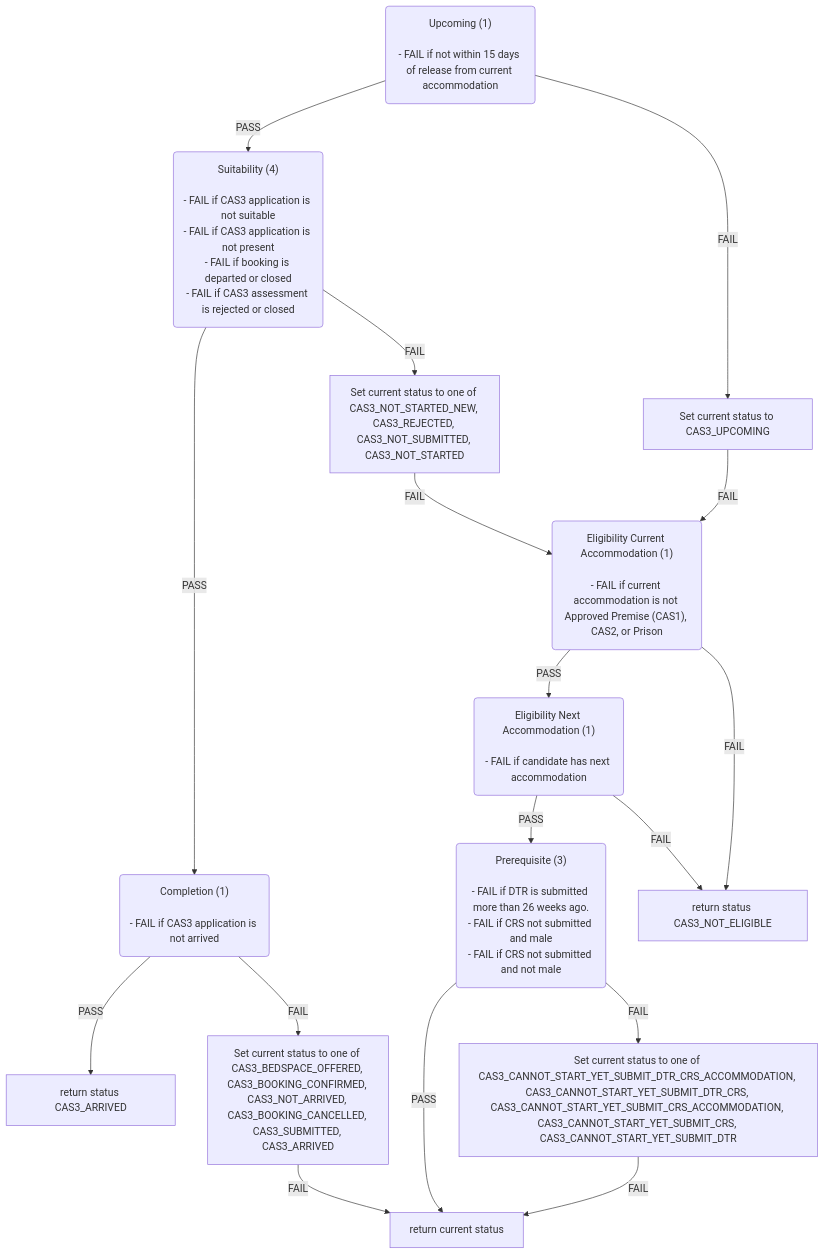
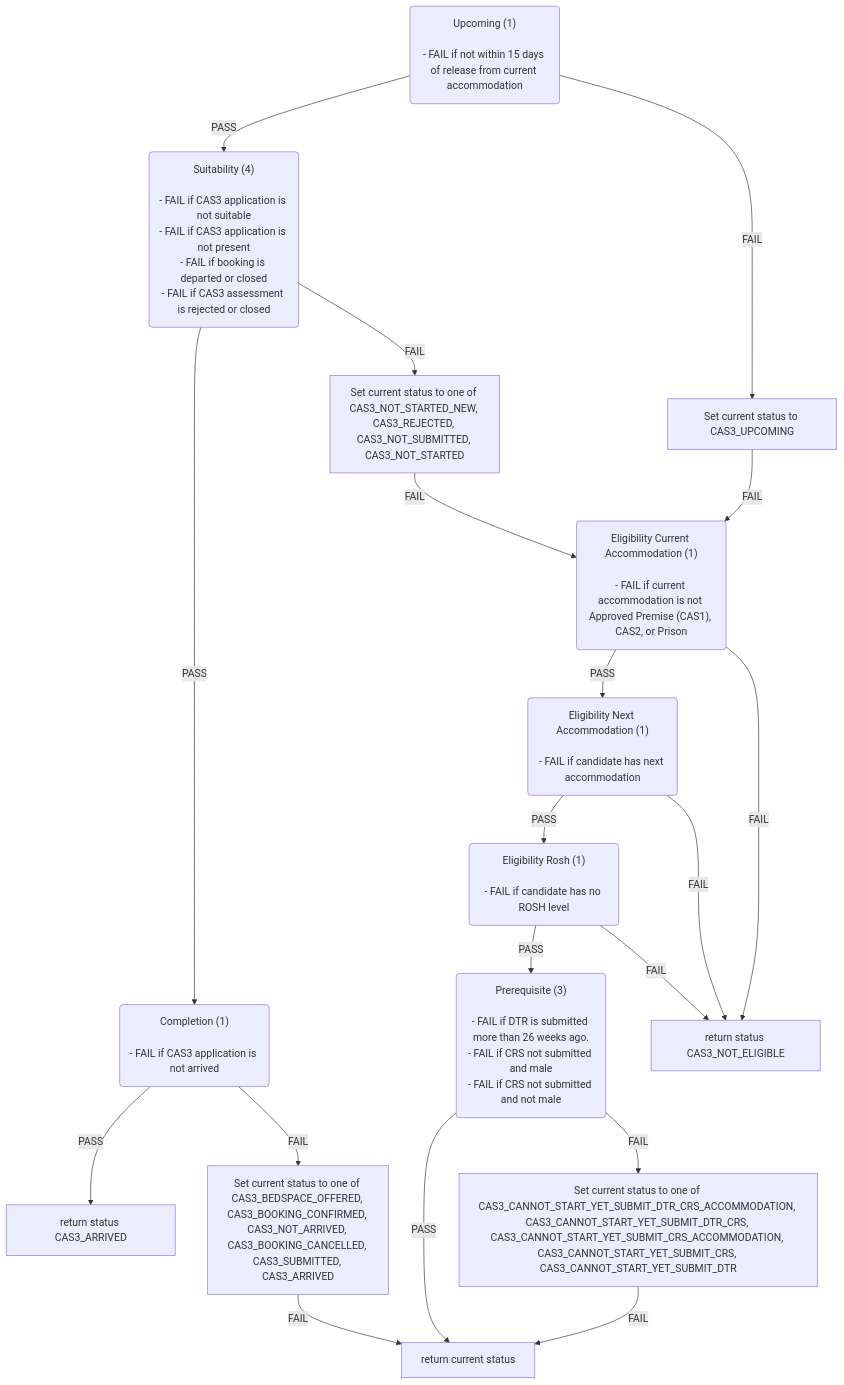
One commit to ministryofjustice/hmpps-single-accommodation-service-api changed the third of 6 diagrams in docs/eligibility-rules-graph.md. Above: the diagram before and after it, drawn with Mermaid. The commit also changed other lines of this file and 21 other files, not shown here.

Commit message:
feature/SAS-1485-Add-ROSH-rule-placeholder-to-CAS-services

````diff
--- a/docs/eligibility-rules-graph.md
+++ b/docs/eligibility-rules-graph.md
@@ -235,49 +253,54 @@
 ```mermaid
 flowchart TD
   Upcoming("Upcoming (1)
 
 - FAIL if not within 15 days of release from current accommodation")
   Suitability("Suitability (4)
 
 - FAIL if CAS3 application is not suitable
 - FAIL if CAS3 application is not present
 - FAIL if booking is departed or closed
 - FAIL if CAS3 assessment is rejected or closed")
   Completion("Completion (1)
 
 - FAIL if CAS3 application is not arrived")
   return_status_CAS3_ARRIVED["return status CAS3_ARRIVED"]
   Set_current_status_to_one_of_CAS3_BEDSPACE_OFFERED__CAS3_BOOKING_CONFIRMED__CAS3_NOT_ARRIVED__CAS3_BOOKING_CANCELLED__CAS3_SUBMITTED__CAS3_ARRIVED["Set current status to one of CAS3_BEDSPACE_OFFERED, CAS3_BOOKING_CONFIRMED, CAS3_NOT_ARRIVED, CAS3_BOOKING_CANCELLED, CAS3_SUBMITTED, CAS3_ARRIVED"]
   return_current_status["return current status"]
   Set_current_status_to_one_of_CAS3_NOT_STARTED_NEW__CAS3_REJECTED__CAS3_NOT_SUBMITTED__CAS3_NOT_STARTED["Set current status to one of CAS3_NOT_STARTED_NEW, CAS3_REJECTED, CAS3_NOT_SUBMITTED, CAS3_NOT_STARTED"]
   Eligibility_Current_Accommodation("Eligibility Current Accommodation (1)
 
 - FAIL if current accommodation is not Approved Premise (CAS1), CAS2, or Prison")
   Eligibility_Next_Accommodation("Eligibility Next Accommodation (1)
 
 - FAIL if candidate has next accommodation")
+  Eligibility_Rosh("Eligibility Rosh (1)
+
+- FAIL if candidate has no ROSH level")
   Prerequisite("Prerequisite (3)
 
 - FAIL if DTR is submitted more than 26 weeks ago.
 - FAIL if CRS not submitted and male
 - FAIL if CRS not submitted and not male")
   Set_current_status_to_one_of_CAS3_CANNOT_START_YET_SUBMIT_DTR_CRS_ACCOMMODATION__CAS3_CANNOT_START_YET_SUBMIT_DTR_CRS__CAS3_CANNOT_START_YET_SUBMIT_CRS_ACCOMMODATION__CAS3_CANNOT_START_YET_SUBMIT_CRS__CAS3_CANNOT_START_YET_SUBMIT_DTR["Set current status to one of CAS3_CANNOT_START_YET_SUBMIT_DTR_CRS_ACCOMMODATION, CAS3_CANNOT_START_YET_SUBMIT_DTR_CRS, CAS3_CANNOT_START_YET_SUBMIT_CRS_ACCOMMODATION, CAS3_CANNOT_START_YET_SUBMIT_CRS, CAS3_CANNOT_START_YET_SUBMIT_DTR"]
   return_status_CAS3_NOT_ELIGIBLE["return status CAS3_NOT_ELIGIBLE"]
   Set_current_status_to_CAS3_UPCOMING["Set current status to CAS3_UPCOMING"]
   Completion -->|PASS| return_status_CAS3_ARRIVED
   Completion -->|FAIL| Set_current_status_to_one_of_CAS3_BEDSPACE_OFFERED__CAS3_BOOKING_CONFIRMED__CAS3_NOT_ARRIVED__CAS3_BOOKING_CANCELLED__CAS3_SUBMITTED__CAS3_ARRIVED
   Set_current_status_to_one_of_CAS3_BEDSPACE_OFFERED__CAS3_BOOKING_CONFIRMED__CAS3_NOT_ARRIVED__CAS3_BOOKING_CANCELLED__CAS3_SUBMITTED__CAS3_ARRIVED -->|FAIL| return_current_status
   Suitability -->|PASS| Completion
   Suitability -->|FAIL| Set_current_status_to_one_of_CAS3_NOT_STARTED_NEW__CAS3_REJECTED__CAS3_NOT_SUBMITTED__CAS3_NOT_STARTED
   Prerequisite -->|PASS| return_current_status
   Prerequisite -->|FAIL| Set_current_status_to_one_of_CAS3_CANNOT_START_YET_SUBMIT_DTR_CRS_ACCOMMODATION__CAS3_CANNOT_START_YET_SUBMIT_DTR_CRS__CAS3_CANNOT_START_YET_SUBMIT_CRS_ACCOMMODATION__CAS3_CANNOT_START_YET_SUBMIT_CRS__CAS3_CANNOT_START_YET_SUBMIT_DTR
   Set_current_status_to_one_of_CAS3_CANNOT_START_YET_SUBMIT_DTR_CRS_ACCOMMODATION__CAS3_CANNOT_START_YET_SUBMIT_DTR_CRS__CAS3_CANNOT_START_YET_SUBMIT_CRS_ACCOMMODATION__CAS3_CANNOT_START_YET_SUBMIT_CRS__CAS3_CANNOT_START_YET_SUBMIT_DTR -->|FAIL| return_current_status
-  Eligibility_Next_Accommodation -->|PASS| Prerequisite
+  Eligibility_Rosh -->|PASS| Prerequisite
+  Eligibility_Rosh -->|FAIL| return_status_CAS3_NOT_ELIGIBLE
+  Eligibility_Next_Accommodation -->|PASS| Eligibility_Rosh
   Eligibility_Next_Accommodation -->|FAIL| return_status_CAS3_NOT_ELIGIBLE
   Eligibility_Current_Accommodation -->|PASS| Eligibility_Next_Accommodation
   Eligibility_Current_Accommodation -->|FAIL| return_status_CAS3_NOT_ELIGIBLE
   Set_current_status_to_one_of_CAS3_NOT_STARTED_NEW__CAS3_REJECTED__CAS3_NOT_SUBMITTED__CAS3_NOT_STARTED -->|FAIL| Eligibility_Current_Accommodation
   Upcoming -->|PASS| Suitability
   Upcoming -->|FAIL| Set_current_status_to_CAS3_UPCOMING
   Set_current_status_to_CAS3_UPCOMING -->|FAIL| Eligibility_Current_Accommodation
 ```
````
